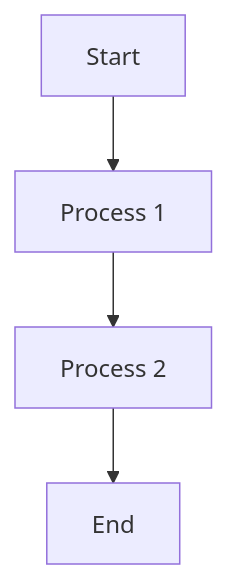
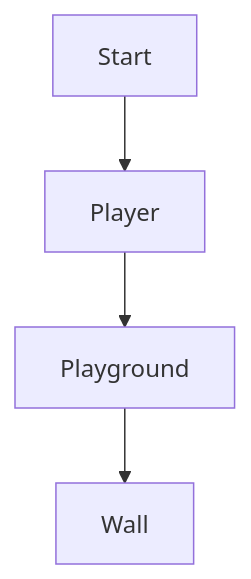
One commit to pertan4711/reactris changed the diagram in README.md. Above: the diagram before and after it, drawn with Mermaid.

Commit message:
testing ssh

````diff
--- a/README.md
+++ b/README.md
@@ -82,6 +82,6 @@
 ```mermaid
 flowchart TD;
-    A[Start] --> B[Process 1];
-    B --> C[Process 2];
-    C --> D[End];
+    A[Start] --> B[Player];
+    B --> C[Playground];
+    C --> D[Wall];
 ```
````
